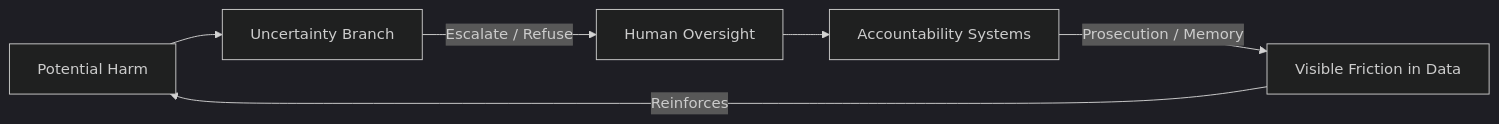
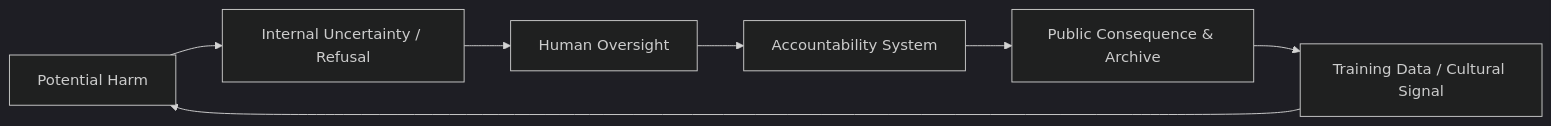
Before and after one commit to josefsbreakfast/Polaris-Protocol: the diagram in Disruption_Kit/Big_Picture_Protocols/🌀_System_Governance/👑_Ownership_Control/⚖️_accountability_as_alignment.md, drawn with Mermaid (dark theme). The commit also changed other lines of this file, not shown here.

````diff
--- a/Disruption_Kit/Big_Picture_Protocols/🌀_System_Governance/👑_Ownership_Control/⚖️_accountability_as_alignment.md
+++ b/Disruption_Kit/Big_Picture_Protocols/🌀_System_Governance/👑_Ownership_Control/⚖️_accountability_as_alignment.md
@@ -64,8 +137,9 @@
 ```mermaid
 flowchart LR
-    A[Potential Harm] --> B[Uncertainty Branch]
-    B -->|Escalate / Refuse| C[Human Oversight]
-    C --> D[Accountability Systems]
-    D -->|Prosecution / Memory| E[Visible Friction in Data]
-    E -->|Reinforces| A
+    A[Potential Harm] --> B[Internal Uncertainty / Refusal]
+    B --> C[Human Oversight]
+    C --> D[Accountability System]
+    D --> E[Public Consequence & Archive]
+    E --> F[Training Data / Cultural Signal]
+    F --> A
 ```
````
